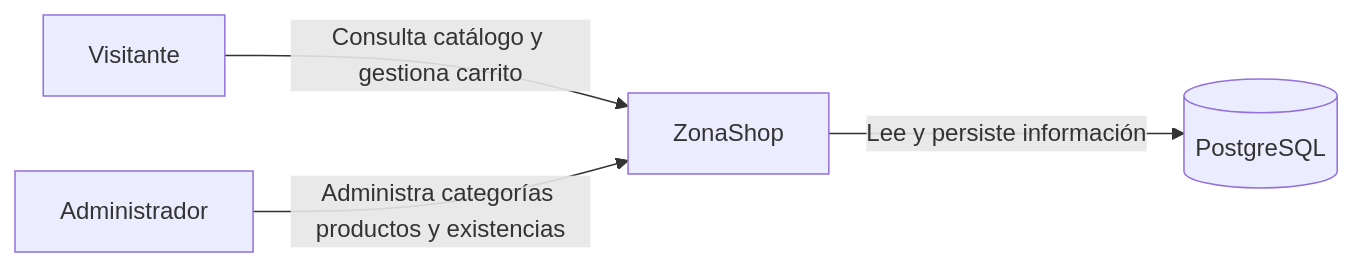
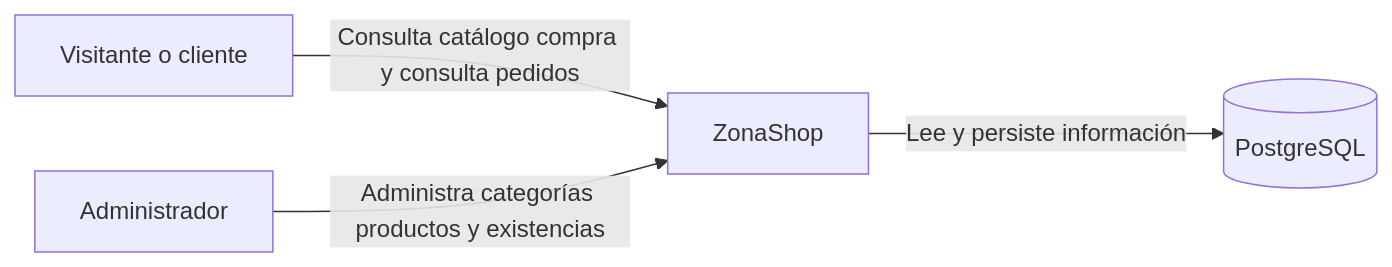
The first of 3 diagrams in docs/arquitectura.md (luxury0101/ZonaShop_Backend), drawn with Mermaid before and after one commit. The commit also changed other lines of this file and 9 other files, not shown here.

````diff
--- a/docs/arquitectura.md
+++ b/docs/arquitectura.md
@@ -11,11 +11,11 @@
 ```mermaid
 flowchart LR
-    visitante[Visitante]
+    visitante[Visitante o cliente]
     administrador[Administrador]
     zonashop[ZonaShop]
     almacenamiento[(PostgreSQL)]
 
-    visitante -->|Consulta catálogo y gestiona carrito| zonashop
+    visitante -->|Consulta catálogo compra y consulta pedidos| zonashop
     administrador -->|Administra categorías productos y existencias| zonashop
     zonashop -->|Lee y persiste información| almacenamiento
 ```
````
